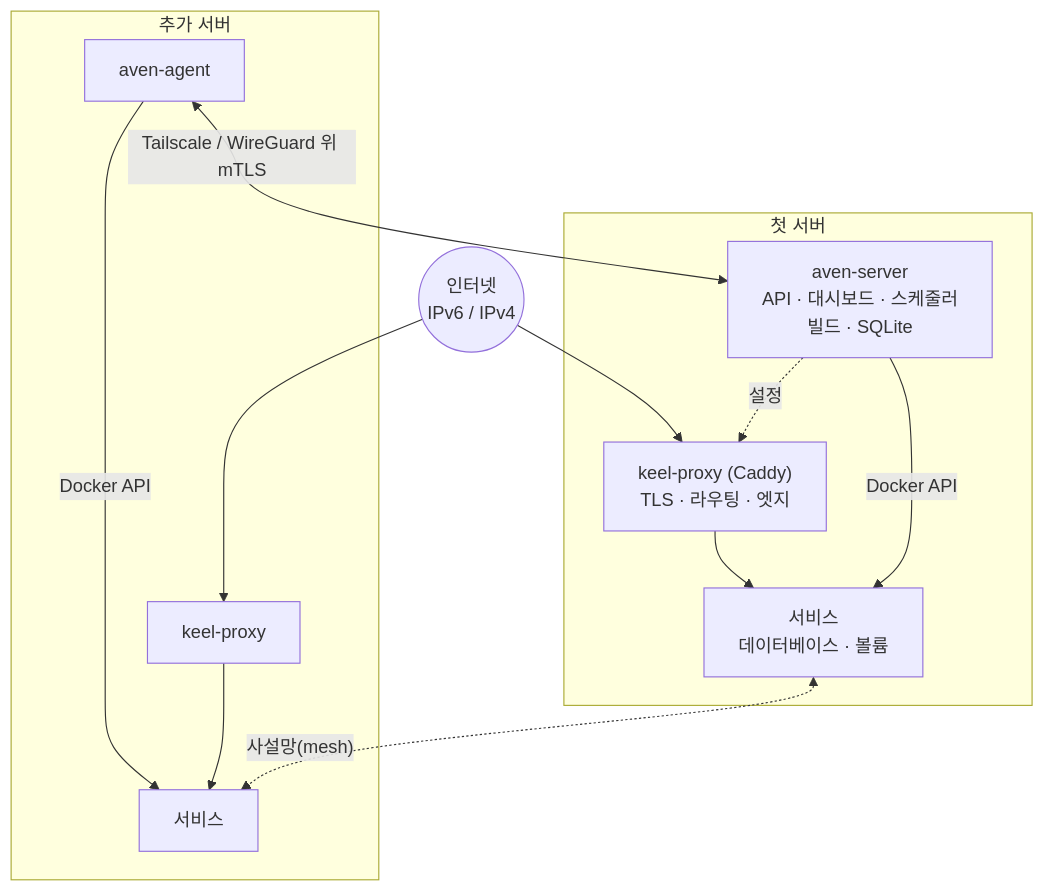
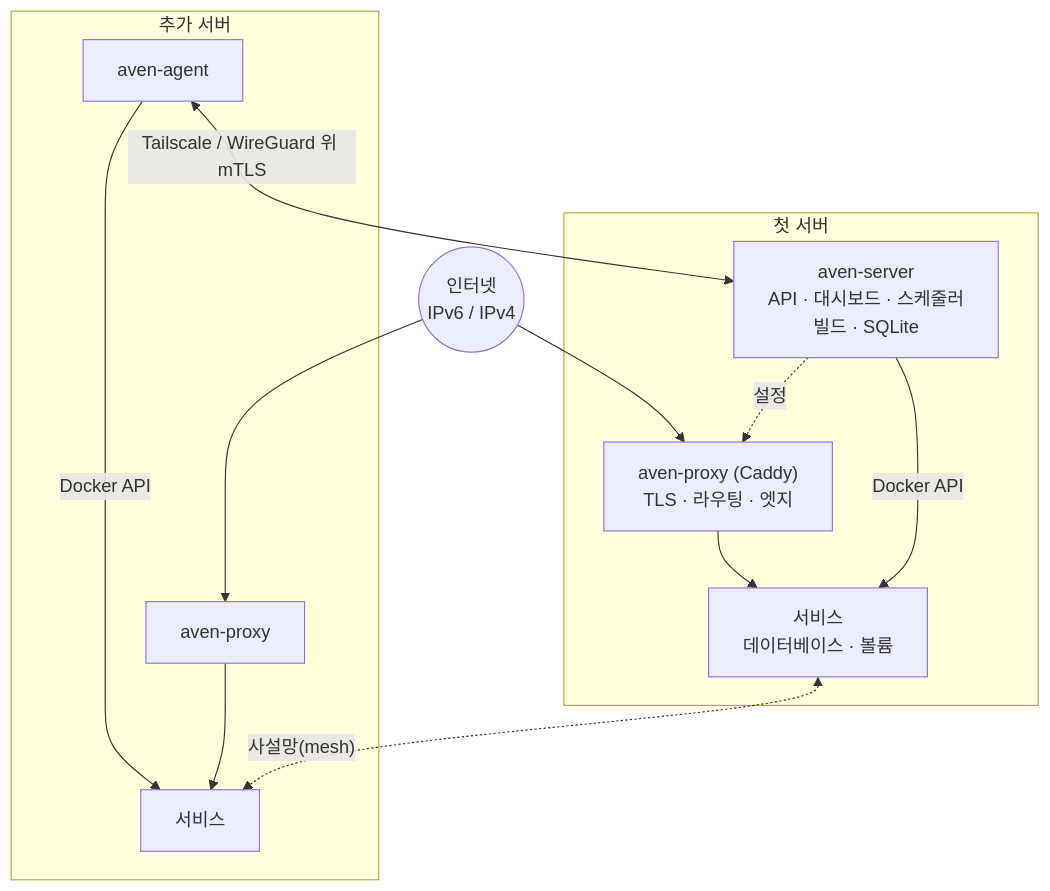
One commit to turin-dev/aven changed the diagram in README.ko.md. Above: the diagram before and after it, drawn with Mermaid. The commit also changed other lines of this file and 1 other file, not shown here.

First line of the commit message:
docs: README uses the Aven runtime names from #10

````diff
--- a/README.ko.md
+++ b/README.ko.md
@@ -210,16 +210,16 @@
 ```mermaid
 flowchart TB
   users((인터넷<br/>IPv6 / IPv4)) --> proxy1
   subgraph main["첫 서버"]
-    proxy1["keel-proxy (Caddy)<br/>TLS · 라우팅 · 엣지"] --> apps1["서비스<br/>데이터베이스 · 볼륨"]
+    proxy1["aven-proxy (Caddy)<br/>TLS · 라우팅 · 엣지"] --> apps1["서비스<br/>데이터베이스 · 볼륨"]
     server["aven-server<br/>API · 대시보드 · 스케줄러<br/>빌드 · SQLite"] -- Docker API --> apps1
     server -.->|설정| proxy1
   end
   subgraph node2["추가 서버"]
     agent["aven-agent"] -->|Docker API| apps2["서비스"]
-    proxy2["keel-proxy"] --> apps2
+    proxy2["aven-proxy"] --> apps2
   end
   users --> proxy2
   agent <-->|"Tailscale / WireGuard 위 mTLS"| server
   apps1 <-.->|"사설망(mesh)"| apps2
 ```
````
